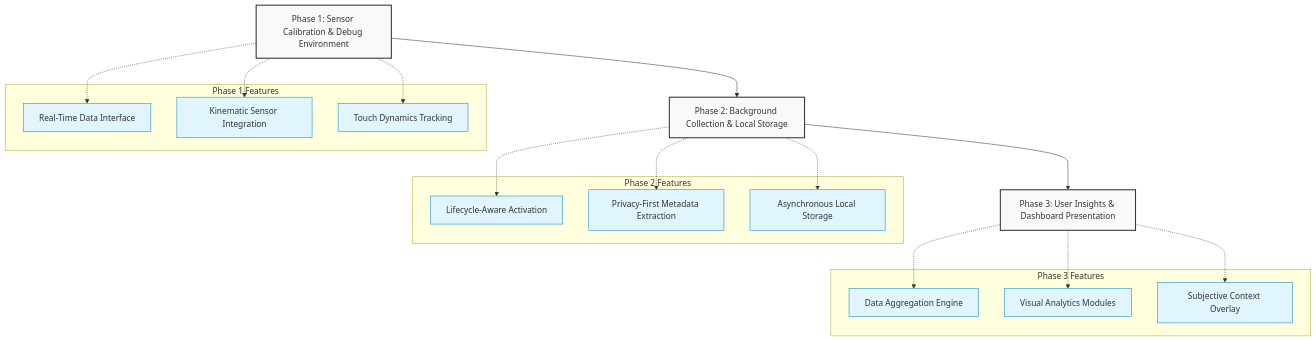
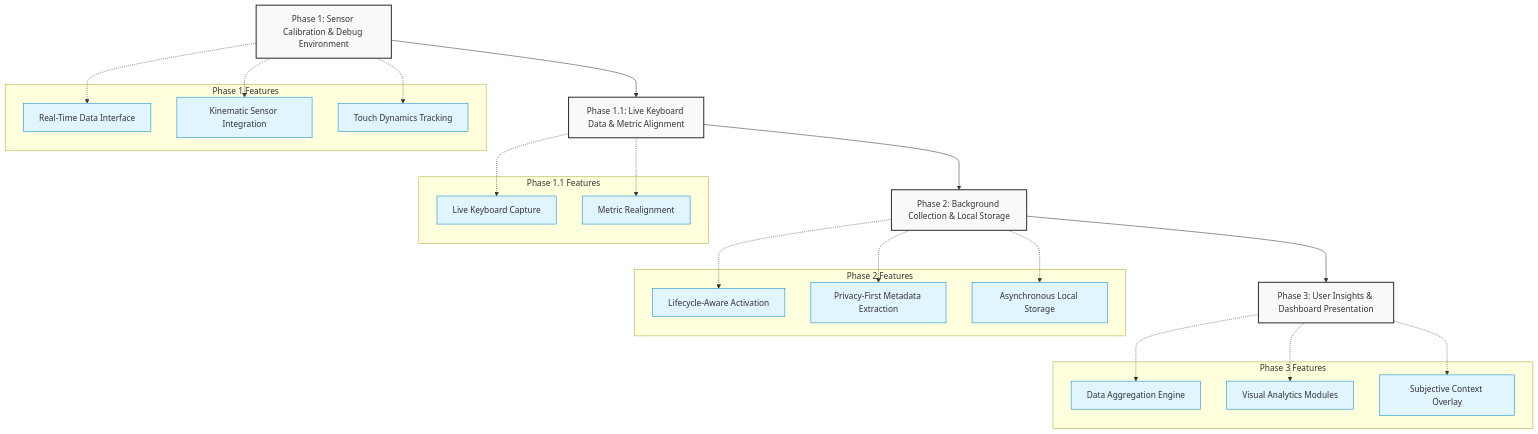
The diagram in roadmap/FeatureRoadmap.md (R1C4RDO13/Keyboard_SA_IKD), drawn with Mermaid before and after one commit. The commit also changed other lines of this file and 3 other files, not shown here.

Commit message:
docs: update README and roadmap documents with new metrics and phase statuses

````diff
--- a/roadmap/FeatureRoadmap.md
+++ b/roadmap/FeatureRoadmap.md
@@ -7,34 +7,42 @@
 ```mermaid
 flowchart TD
     classDef phase fill:#f9f9f9,stroke:#333,stroke-width:2px;
     classDef feature fill:#e1f5fe,stroke:#0288d1,stroke-width:1px;
 
     P1[Phase 1: Sensor Calibration & Debug Environment]:::phase
+    P1_1[Phase 1.1: Live Keyboard Data & Metric Alignment]:::phase
     P2[Phase 2: Background Collection & Local Storage]:::phase
     P3[Phase 3: User Insights & Dashboard Presentation]:::phase
 
-    P1 --> P2
+    P1 --> P1_1
+    P1_1 --> P2
     P2 --> P3
 
     subgraph Phase 1 Features
         F1[Real-Time Data Interface]:::feature
         F2[Kinematic Sensor Integration]:::feature
         F3[Touch Dynamics Tracking]:::feature
+    end
+
+    subgraph Phase 1.1 Features
+        F1_1[Live Keyboard Capture]:::feature
+        F1_2[Metric Realignment]:::feature
     end
 
     subgraph Phase 2 Features
         F4[Lifecycle-Aware Activation]:::feature
         F5[Privacy-First Metadata Extraction]:::feature
         F6[Asynchronous Local Storage]:::feature
     end
 
     subgraph Phase 3 Features
         F7[Data Aggregation Engine]:::feature
         F8[Visual Analytics Modules]:::feature
         F9[Subjective Context Overlay]:::feature
     end
 
     P1 -.-> F1 & F2 & F3
+    P1_1 -.-> F1_1 & F1_2
     P2 -.-> F4 & F5 & F6
     P3 -.-> F7 & F8 & F9
 ```
````
